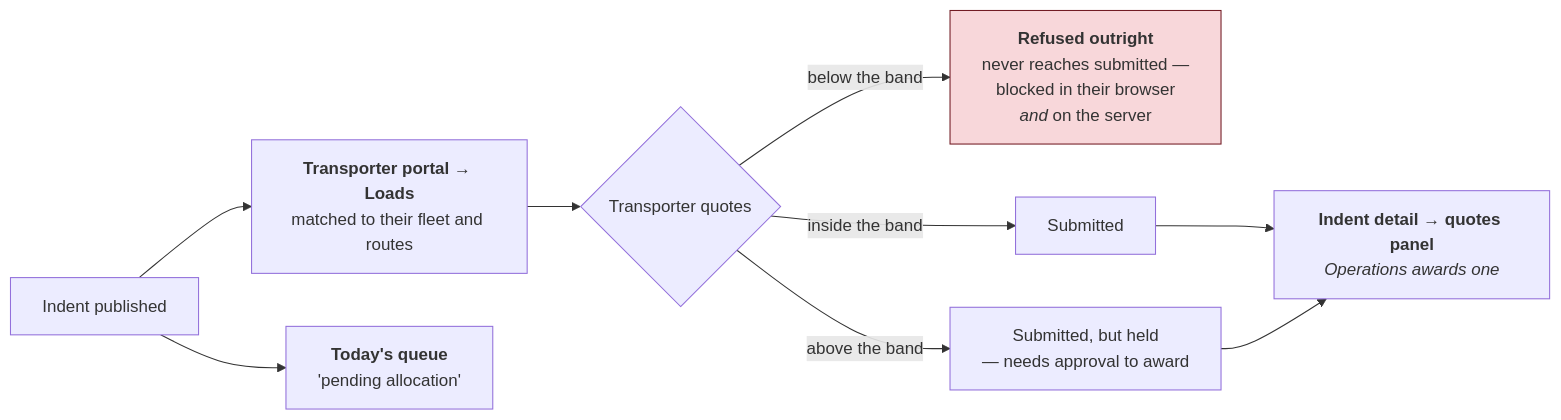
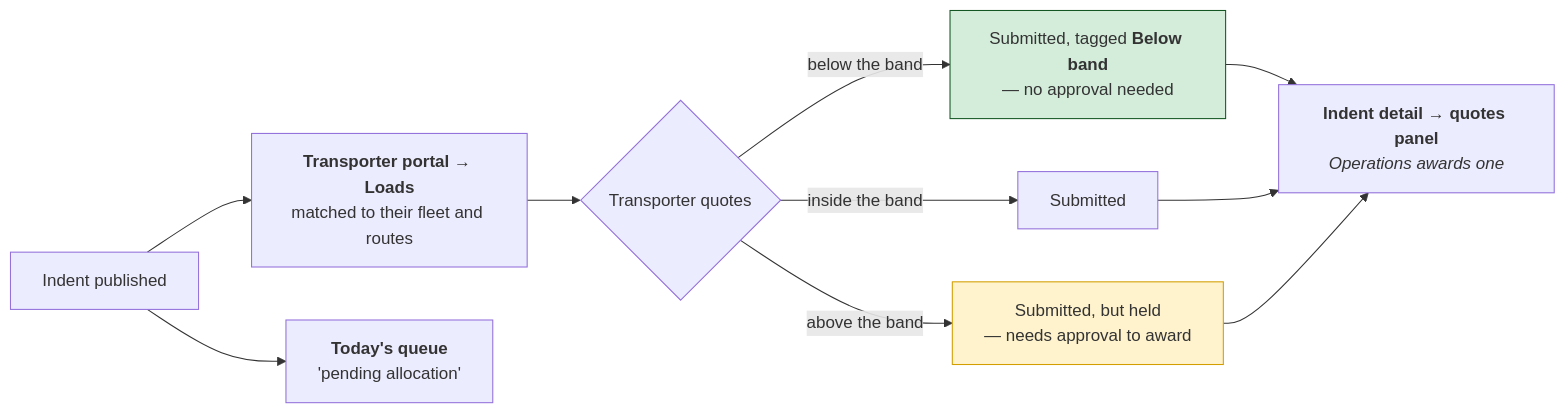
One commit to girish1476/nexraah--mono-repo changed the seventh of 13 diagrams in FLOWS.md. Above: the diagram before and after it, drawn with Mermaid. The commit also changed other lines of this file and 75 other files, not shown here.

First line of the commit message:
Close the order-flow gaps from the ops review

````diff
--- a/FLOWS.md
+++ b/FLOWS.md
@@ -272,15 +289,17 @@
 ```mermaid
 flowchart LR
   I["Indent published"] --> T1["<b>Transporter portal → Loads</b><br/>matched to their fleet and routes"]
   I --> T2["<b>Today's queue</b><br/>'pending allocation'"]
 
   T1 --> Q{"Transporter quotes"}
-  Q -->|"below the band"| QX["<b>Refused outright</b><br/>never reaches submitted —<br/>blocked in their browser<br/><i>and</i> on the server"]
+  Q -->|"below the band"| QB["Submitted, tagged <b>Below band</b><br/>— no approval needed"]
   Q -->|"inside the band"| QI["Submitted"]
   Q -->|"above the band"| QA["Submitted, but held<br/>— needs approval to award"]
 
+  QB --> AW
   QI --> AW
   QA --> AW["<b>Indent detail → quotes panel</b><br/><i>Operations awards one</i>"]
 
-  style QX fill:#f8d7da,stroke:#721c24
+  style QB fill:#d4edda,stroke:#155724
+  style QA fill:#fff3cd,stroke:#d39e00
 ```
````
